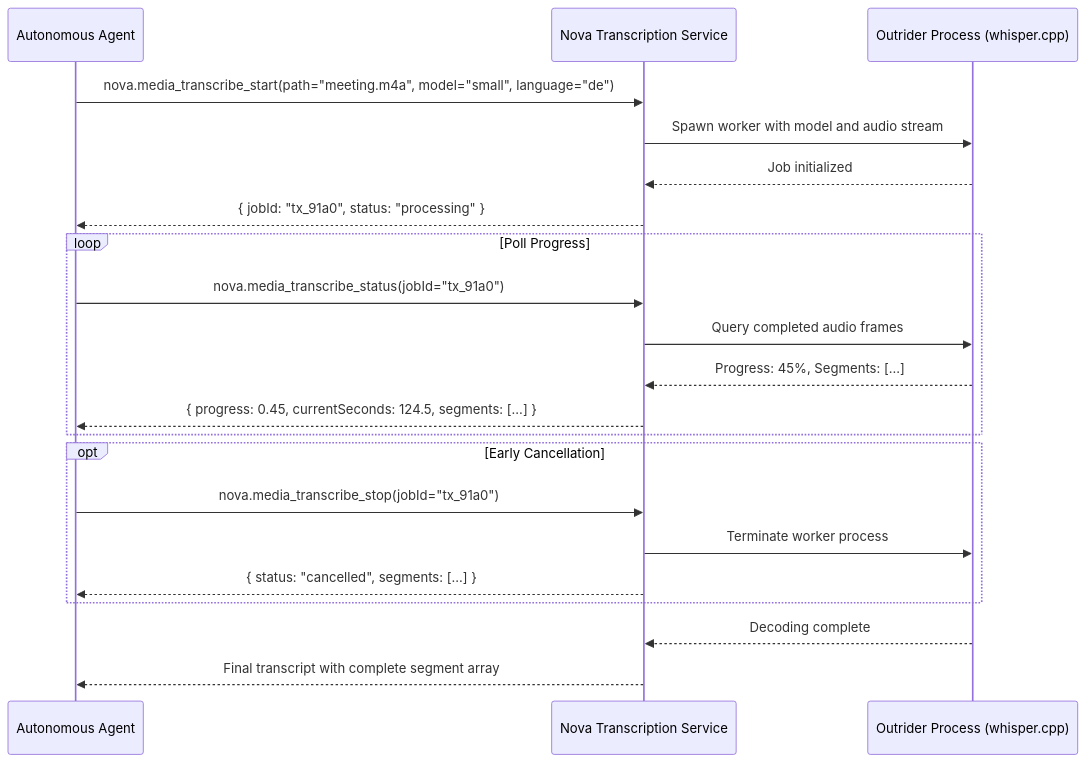
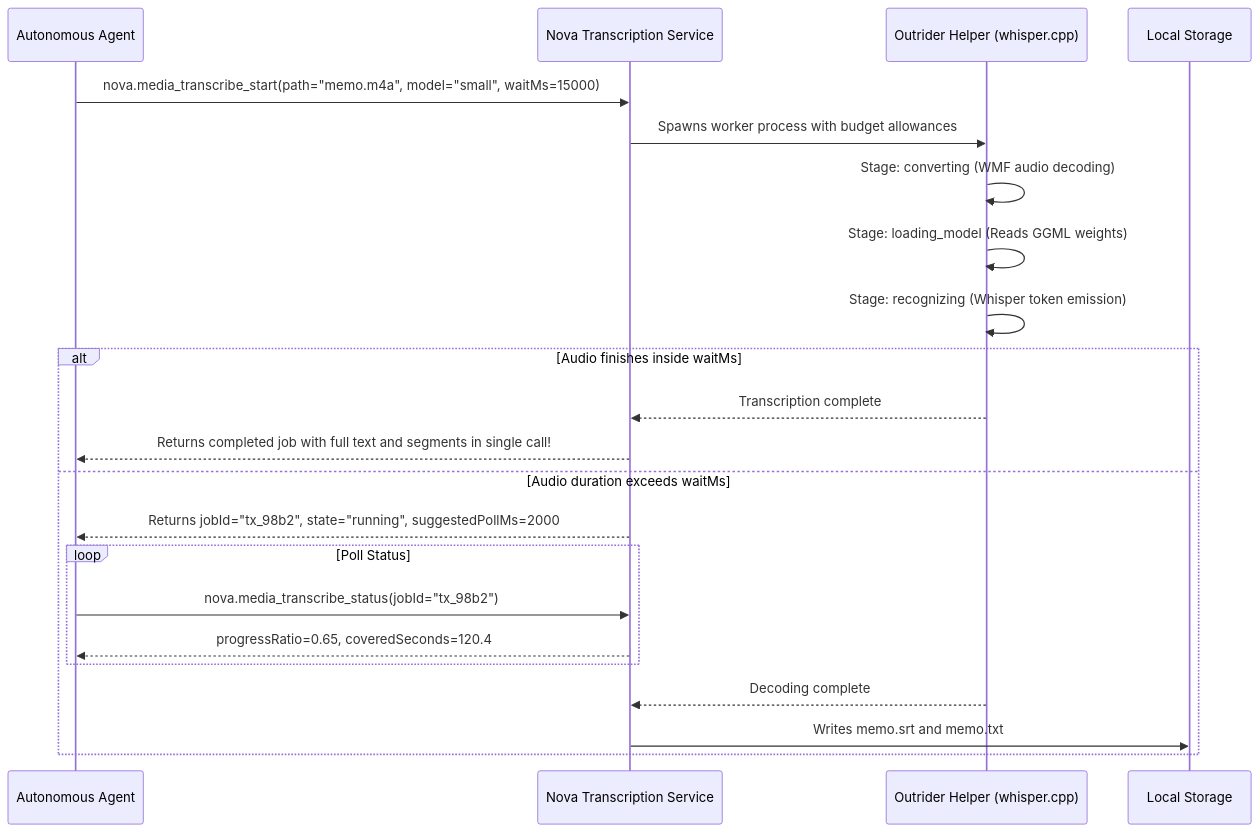
Before and after one commit to joelaniol/nova: the third of 3 diagrams in docs/core-features/media-intelligence/transcription/README.md, drawn with Mermaid. The commit also changed other lines of this file and 11 other files, not shown here.

Commit message:
docs(media-intelligence): expand architectural reference with Outrider boundary, WMF decoding, crash guards, and permission provenance

````diff
--- a/docs/core-features/media-intelligence/transcription/README.md
+++ b/docs/core-features/media-intelligence/transcription/README.md
@@ -99,27 +124,26 @@
 ```mermaid
 sequenceDiagram
     participant Agent as Autonomous Agent
     participant Nova as Nova Transcription Service
-    participant Outrider as Outrider Process (whisper.cpp)
+    participant Outrider as Outrider Helper (whisper.cpp)
+    participant Disk as Local Storage
 
-    Agent->>Nova: nova.media_transcribe_start(path="meeting.m4a", model="small", language="de")
-    Nova->>Outrider: Spawn worker with model and audio stream
-    Outrider-->>Nova: Job initialized
-    Nova-->>Agent: { jobId: "tx_91a0", status: "processing" }
+    Agent->>Nova: nova.media_transcribe_start(path="memo.m4a", model="small", waitMs=15000)
+    Nova->>Outrider: Spawns worker process with budget allowances
+    Outrider->>Outrider: Stage: converting (WMF audio decoding)
+    Outrider->>Outrider: Stage: loading_model (Reads GGML weights)
+    Outrider->>Outrider: Stage: recognizing (Whisper token emission)
 
-    loop Poll Progress
-        Agent->>Nova: nova.media_transcribe_status(jobId="tx_91a0")
-        Nova->>Outrider: Query completed audio frames
-        Outrider-->>Nova: Progress: 45%, Segments: [...]
-        Nova-->>Agent: { progress: 0.45, currentSeconds: 124.5, segments: [...] }
+    alt Audio finishes inside waitMs
+        Outrider-->>Nova: Transcription complete
+        Nova-->>Agent: Returns completed job with full text and segments in single call!
+    else Audio duration exceeds waitMs
+        Nova-->>Agent: Returns jobId="tx_98b2", state="running", suggestedPollMs=2000
+        loop Poll Status
+            Agent->>Nova: nova.media_transcribe_status(jobId="tx_98b2")
+            Nova-->>Agent: progressRatio=0.65, coveredSeconds=120.4
+        end
+        Outrider-->>Nova: Decoding complete
+        Nova->>Disk: Writes memo.srt and memo.txt
     end
-
-    opt Early Cancellation
-        Agent->>Nova: nova.media_transcribe_stop(jobId="tx_91a0")
-        Nova->>Outrider: Terminate worker process
-        Nova-->>Agent: { status: "cancelled", segments: [...] }
-    end
-
-    Outrider-->>Nova: Decoding complete
-    Nova-->>Agent: Final transcript with complete segment array
 ```
````
